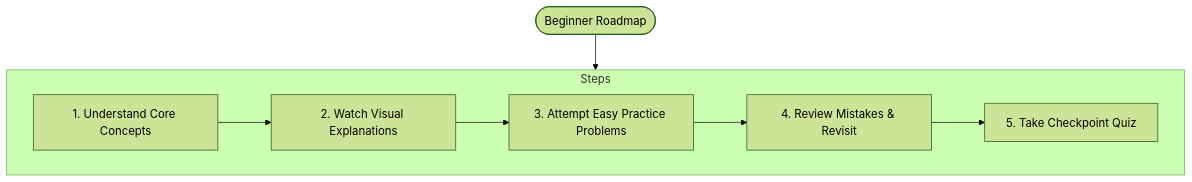
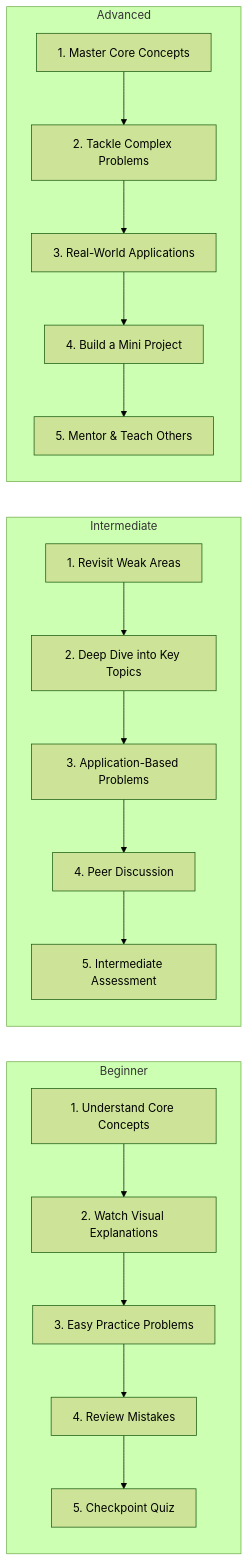
Before and after one commit to Lasyareddy26/EduAI: the third of 3 diagrams in ml_pipeline_learning_path.md, drawn with Mermaid (forest theme). The commit also changed other lines of this file, not shown here.

````diff
--- a/ml_pipeline_learning_path.md
+++ b/ml_pipeline_learning_path.md
@@ -76,14 +164,12 @@
 ```mermaid
-flowchart TD
-    Start([Beginner Roadmap]) --> Steps
-
-    subgraph Steps
-        S1[1. Understand Core Concepts]
-        S2[2. Watch Visual Explanations]
-        S3[3. Attempt Easy Practice Problems]
-        S4[4. Review Mistakes & Revisit]
-        S5[5. Take Checkpoint Quiz]
+flowchart LR
+    subgraph Beginner
+        B1[1. Understand Core Concepts] --> B2[2. Watch Visual Explanations] --> B3[3. Easy Practice Problems] --> B4[4. Review Mistakes] --> B5[5. Checkpoint Quiz]
     end
-
-    S1 --> S2 --> S3 --> S4 --> S5
+    subgraph Intermediate
+        I1[1. Revisit Weak Areas] --> I2[2. Deep Dive into Key Topics] --> I3[3. Application-Based Problems] --> I4[4. Peer Discussion] --> I5[5. Intermediate Assessment]
+    end
+    subgraph Advanced
+        A1[1. Master Core Concepts] --> A2[2. Tackle Complex Problems] --> A3[3. Real-World Applications] --> A4[4. Build a Mini Project] --> A5[5. Mentor & Teach Others]
+    end
 ```
````
